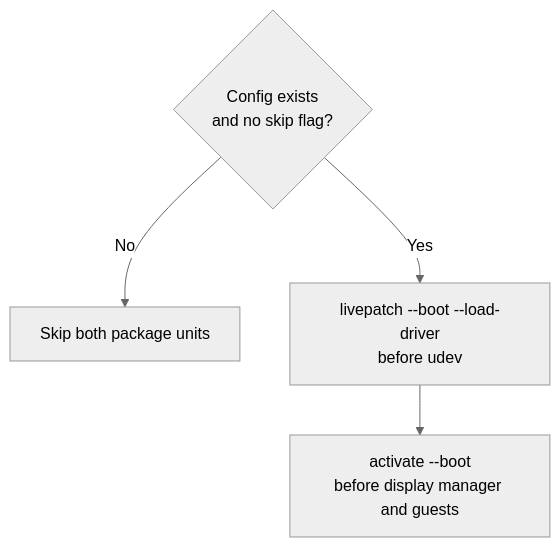
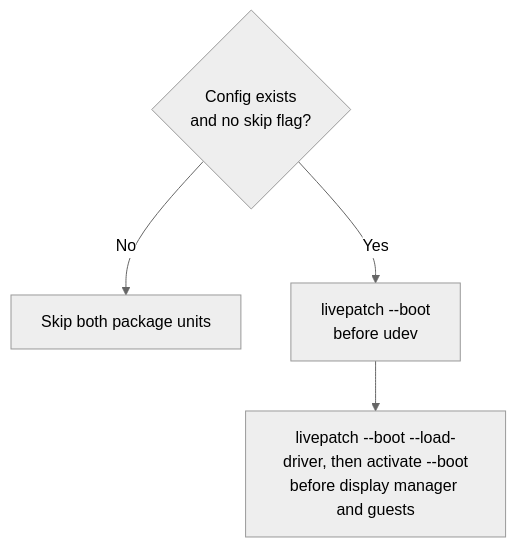
The third of 3 diagrams in docs/configuration.md (noon-at-cgn/geforce-sriov), drawn with Mermaid (neutral theme) before and after one commit. The commit also changed other lines of this file and 61 other files, not shown here.

````diff
--- a/docs/configuration.md
+++ b/docs/configuration.md
@@ -513,6 +514,6 @@
 ```mermaid
 flowchart TD
     config{"Config exists<br/>and no skip flag?"} -->|No| skip["Skip both package units"]
-    config -->|Yes| lp["livepatch --boot --load-driver<br/>before udev"]
-    lp --> activate["activate --boot<br/>before display manager and guests"]
+    config -->|Yes| lp["livepatch --boot<br/>before udev"]
+    lp --> activate["livepatch --boot --load-driver, then activate --boot<br/>before display manager and guests"]
 ```
````
